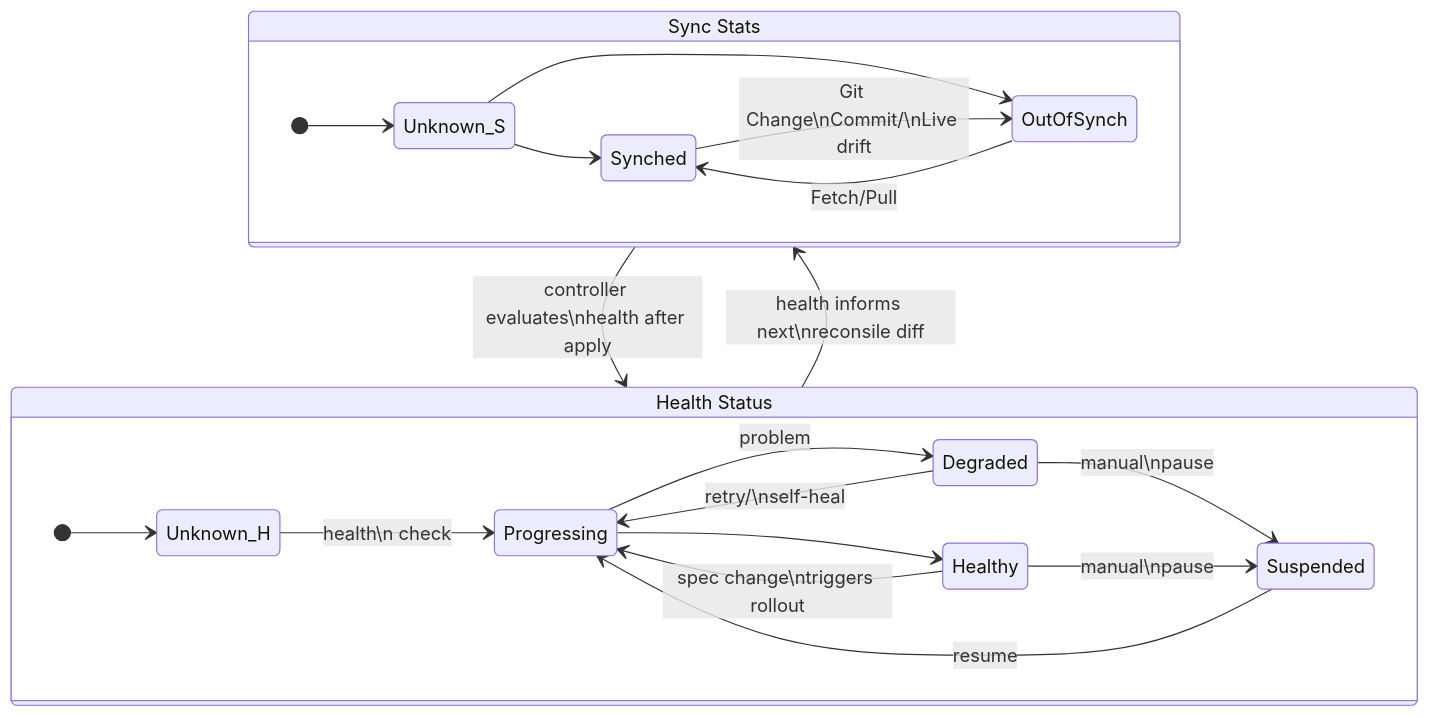
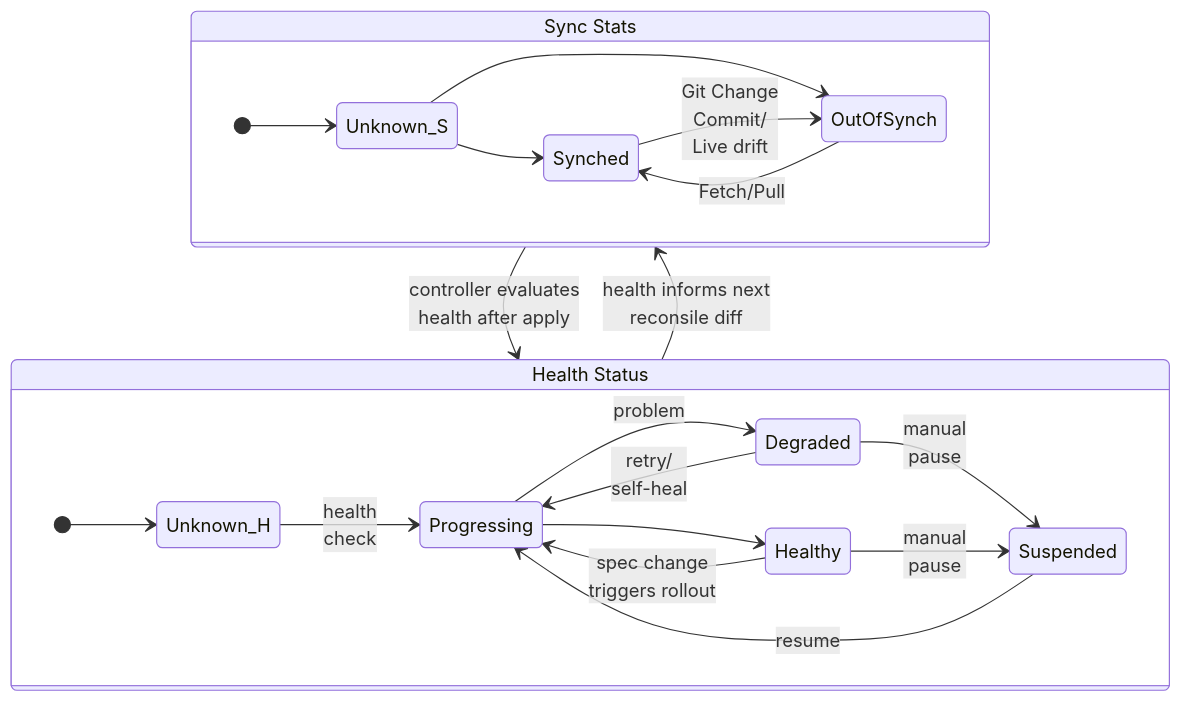
Before and after one commit to sergueik/springboot_study: the first of 3 diagrams in basic-argocd/README.md, drawn with Mermaid. The commit also changed other lines of this file and 4 other files, not shown here.

Commit message:
intermdiate revision - updated diagrams

````diff
--- a/basic-argocd/README.md
+++ b/basic-argocd/README.md
@@ -34,34 +34,34 @@
 ```mermaid
 
 stateDiagram-v2
 
 direction TB
 
 state "Sync Stats"  as Sync {
  direction LR
  [*] --> Unknown_S
  Unknown_S --> Synched
  Unknown_S --> OutOfSynch
- Synched --> OutOfSynch: Git Change\nCommit/\nLive drift
+ Synched --> OutOfSynch: Git Change<br/>Commit/<br/>Live drift
  OutOfSynch --> Synched: Fetch/Pull
 }
 
 state "Health Status" as Health {
 direction LR
  [*] --> Unknown_H
-Unknown_H --> Progressing: health\n check
+Unknown_H --> Progressing: health<br/> check
 Progressing --> Healthy
 Progressing --> Degraded: problem
-Degraded -->  Progressing: retry/\nself-heal
-Healthy --> Progressing: spec change\ntriggers rollout
-Degraded -->  Suspended: manual\npause
-Healthy -->  Suspended: manual\npause
+Degraded -->  Progressing: retry/<br/>self-heal
+Healthy --> Progressing: spec change<br/>triggers rollout
+Degraded -->  Suspended: manual<br/>pause
+Healthy -->  Suspended: manual<br/>pause
 
 Suspended --> Progressing: resume
 }
 
-Sync --> Health: controller evaluates\nhealth after apply
-Health --> Sync: health informs next\nreconsile diff
+Sync --> Health: controller evaluates<br/>health after apply
+Health --> Sync: health informs next<br/>reconsile diff
 
 
 ```
````
